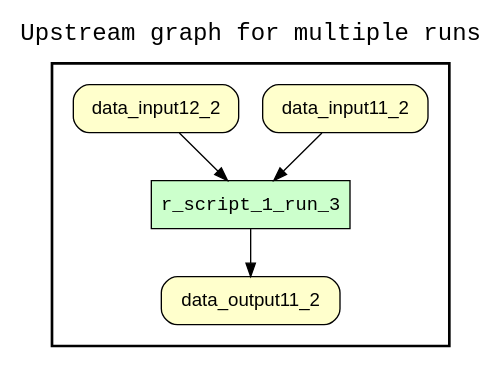
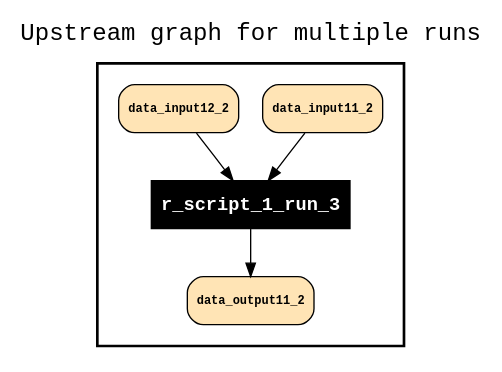
The diagram in results/wf_upstream_of_test_data_2.gv (sycao5/runManager-multipleRuns), drawn with Graphviz before and after one commit. The commit also changed 2 other files, not shown here.

Commit message:
Add graph with new  stylesheet

```diff
--- a/results/wf_upstream_of_test_data_2.gv
+++ b/results/wf_upstream_of_test_data_2.gv
@@ -1,18 +1,18 @@
 
 digraph yw_data_view {
 rankdir=TB
 fontname=Courier; fontsize=18; labelloc=t
 label="Upstream graph for multiple runs"
 subgraph cluster_workflow { label=""; color=black; penwidth=2
 subgraph cluster_workflow_inner { label=""; color=white
-node[shape=box style="filled" fillcolor="#CCFFCC" peripheries=1 fontname=Courier]
+node[shape=box style=filled fillcolor="black" peripheries=1 fontname="Courier-Bold" fontcolor=white]
 r_script_1_run_3
-node[shape=box style="rounded,filled" fillcolor="#FFFFCC" peripheries=1 fontname=Helvetica]
+node[shape=box style="rounded,filled" fillcolor="#FFE4B5" peripheries=1 fontname="Courier-Bold" fontsize=9 fontcolor=black]
 data_input11_2
 data_input12_2
 data_output11_2
 }}
 data_input12_2 -> r_script_1_run_3
 data_input11_2 -> r_script_1_run_3
 r_script_1_run_3 -> data_output11_2
 }
```
